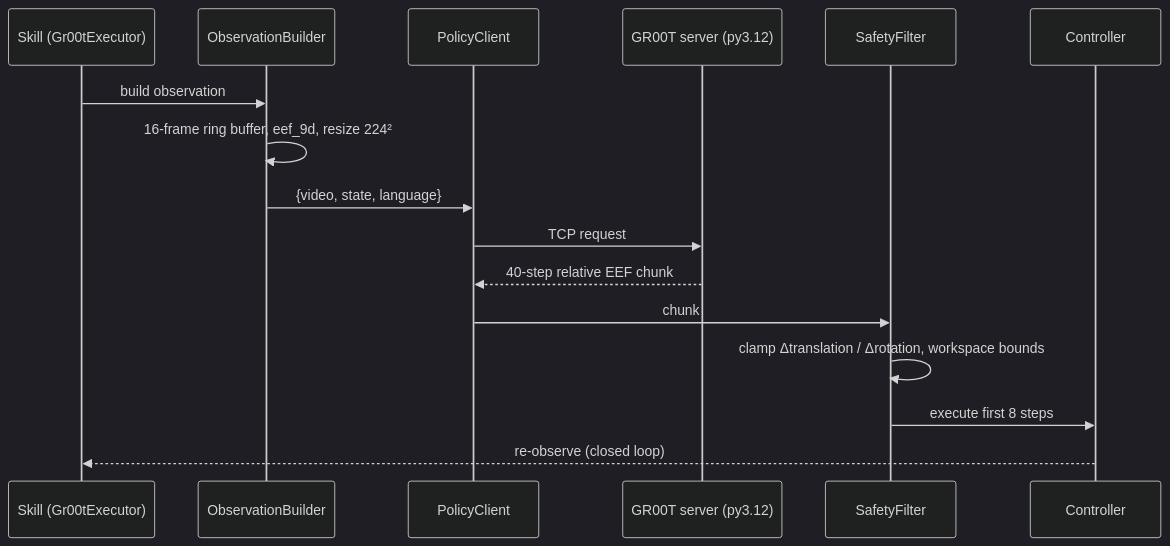
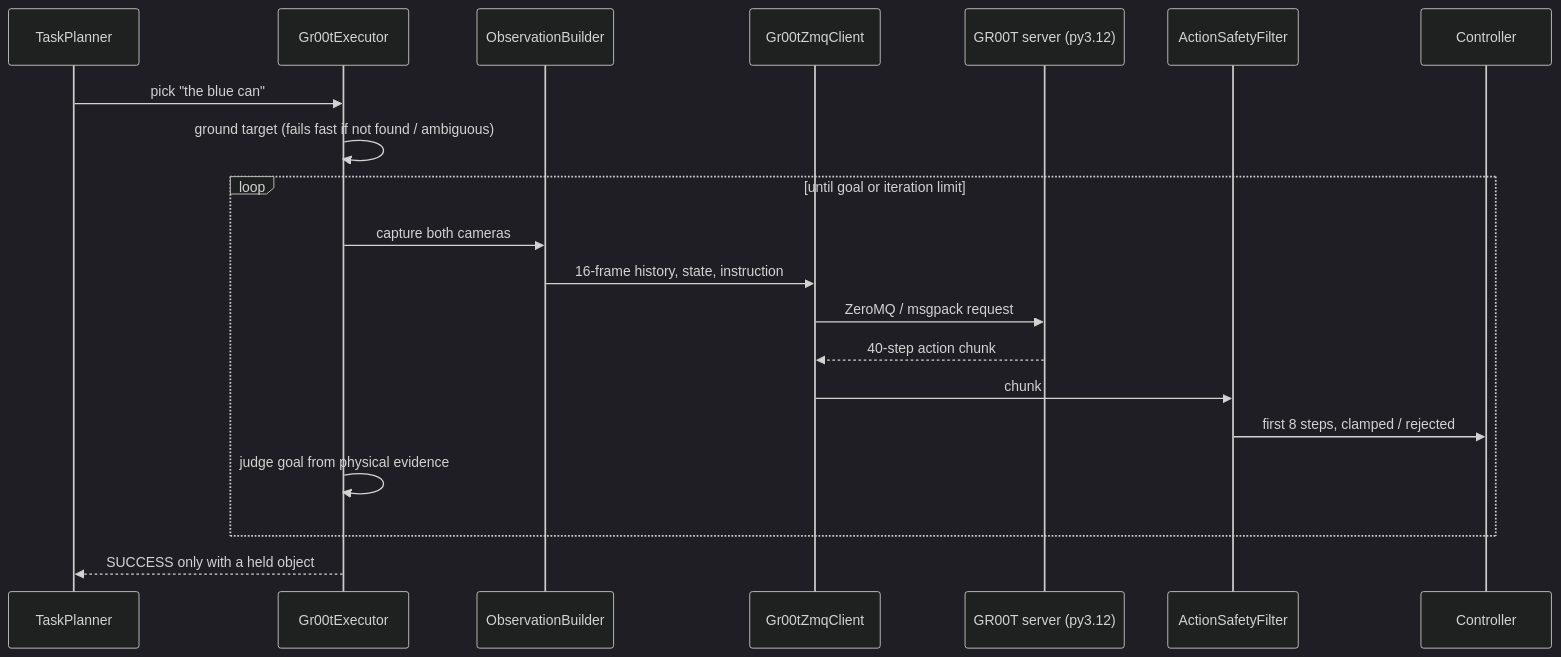
Before and after one commit to hirenmp10/capstone-team-178: the fifth of 5 diagrams in ARCHITECTURE.md, drawn with Mermaid (dark theme). The commit also changed other lines of this file and 3 other files, not shown here.

````diff
--- a/ARCHITECTURE.md
+++ b/ARCHITECTURE.md
@@ -403,19 +419,23 @@
 ```mermaid
 sequenceDiagram
-    participant S as Skill (Gr00tExecutor)
+    participant P as TaskPlanner
+    participant E as Gr00tExecutor
     participant O as ObservationBuilder
-    participant C as PolicyClient
-    participant P as GR00T server (py3.12)
-    participant F as SafetyFilter
+    participant C as Gr00tZmqClient
+    participant S as GR00T server (py3.12)
+    participant F as ActionSafetyFilter
     participant CT as Controller
 
-    S->>O: build observation
-    O->>O: 16-frame ring buffer, eef_9d, resize 224²
-    O->>C: {video, state, language}
-    C->>P: TCP request
-    P-->>C: 40-step relative EEF chunk
-    C->>F: chunk
-    F->>F: clamp Δtranslation / Δrotation, workspace bounds
-    F->>CT: execute first 8 steps
-    CT-->>S: re-observe (closed loop)
+    P->>E: pick "the blue can"
+    E->>E: ground target (fails fast if not found / ambiguous)
+    loop until goal or iteration limit
+        E->>O: capture both cameras
+        O->>C: 16-frame history, state, instruction
+        C->>S: ZeroMQ / msgpack request
+        S-->>C: 40-step action chunk
+        C->>F: chunk
+        F->>CT: first 8 steps, clamped / rejected
+        E->>E: judge goal from physical evidence
+    end
+    E-->>P: SUCCESS only with a held object
 ```
````
